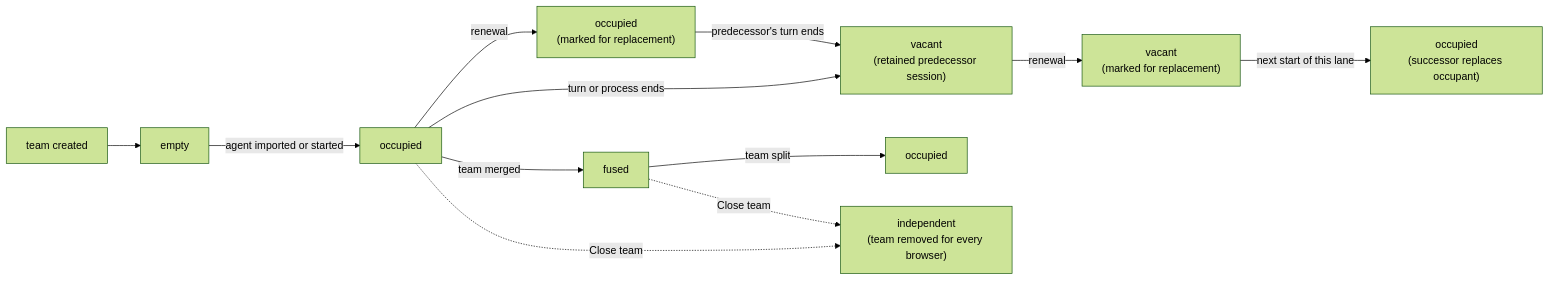
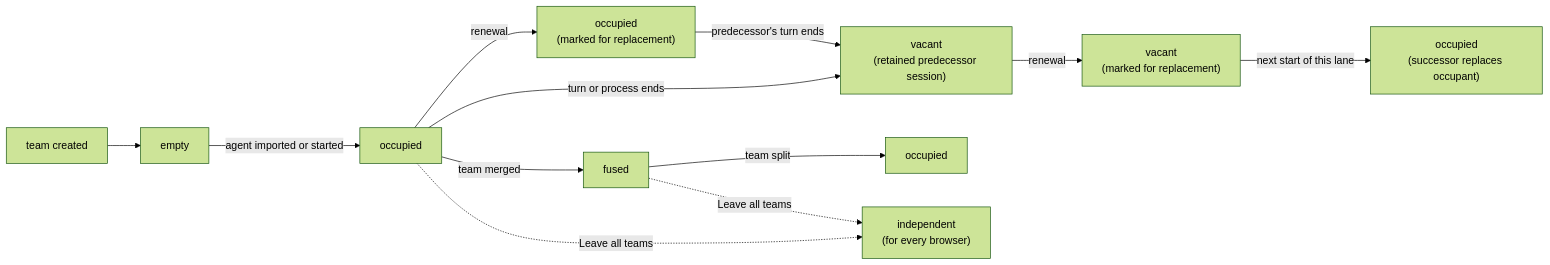
Diagram 13 of 17 in docs/product/loops.md (infimalabs/spice-rust), drawn with Mermaid (forest theme) before and after one commit. The commit also changed other lines of this file and 25 other files, not shown here.

````diff
--- a/docs/product/loops.md
+++ b/docs/product/loops.md
@@ -384,14 +384,14 @@
 ```mermaid
 flowchart LR
   C["team created"] --> E["empty"]
   E -->|"agent imported or started"| O["occupied"]
   O -->|"renewal"| OM["occupied<br/>(marked for replacement)"]
   OM -->|"predecessor's turn ends"| Q
   O -->|"turn or process ends"| Q["vacant<br/>(retained predecessor session)"]
   Q -->|"renewal"| QM["vacant<br/>(marked for replacement)"]
   QM -->|"next start of this lane"| OR["occupied<br/>(successor replaces occupant)"]
   O -->|"team merged"| F["fused"]
   F -->|"team split"| OS["occupied"]
-  O -.->|"Close team"| I["independent<br/>(team removed for every browser)"]
-  F -.->|"Close team"| I
+  O -.->|"Leave all teams"| I["independent<br/>(for every browser)"]
+  F -.->|"Leave all teams"| I
 ```
````
